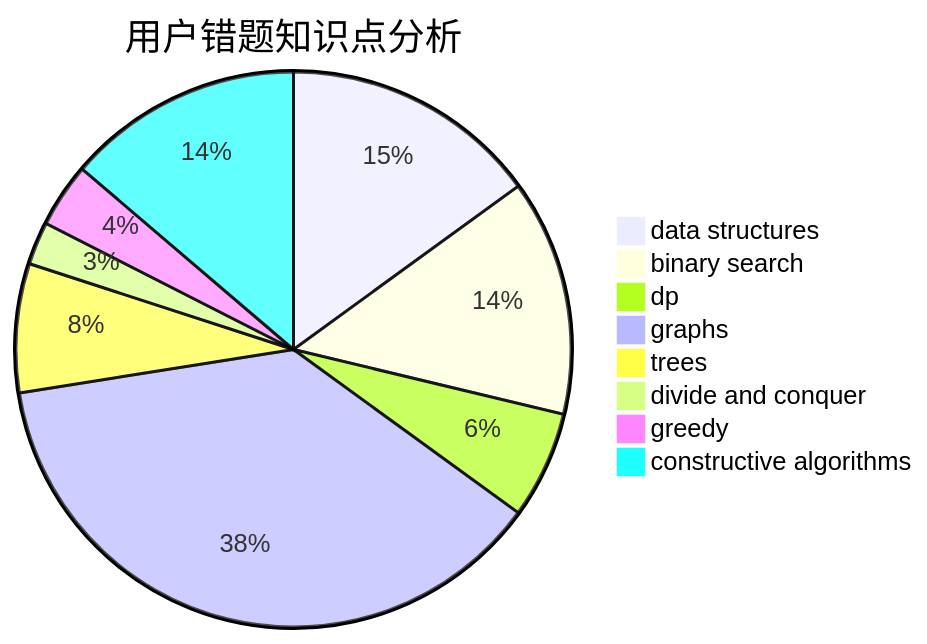
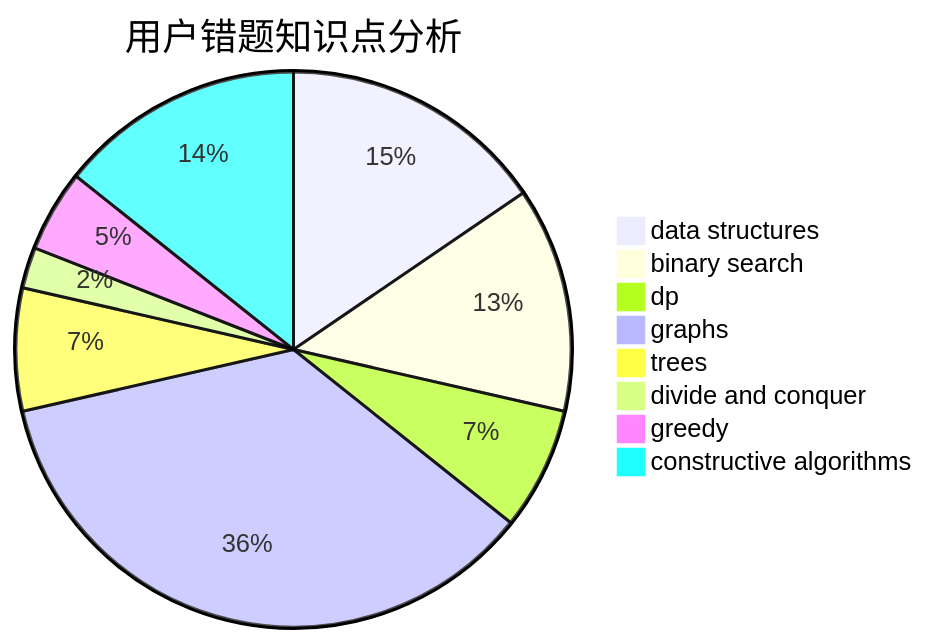
The third of 3 diagrams in docs/user/u2725.md (sherpahu/cfrs.github.io), drawn with Mermaid before and after one commit. The commit also changed other lines of this file and 2770 other files, not shown here.

````diff
--- a/docs/user/u2725.md
+++ b/docs/user/u2725.md
@@ -36,11 +36,11 @@
 ```mermaid
 pie title 用户错题知识点分析
-    "data structures" :  12
+    "data structures" :  13
     "binary search" :  11
-    "dp" :  5
+    "dp" :  6
     "graphs" :  30
     "trees" :  6
     "divide and conquer" :  2
-    "greedy" :  3
-    "constructive algorithms" :  11
+    "greedy" :  4
+    "constructive algorithms" :  12
 ```
````
